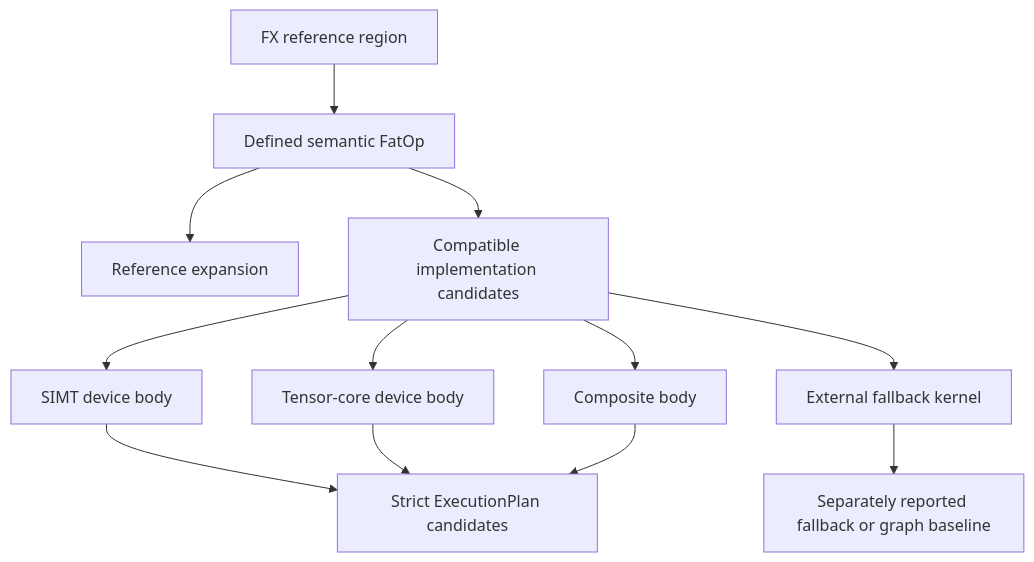
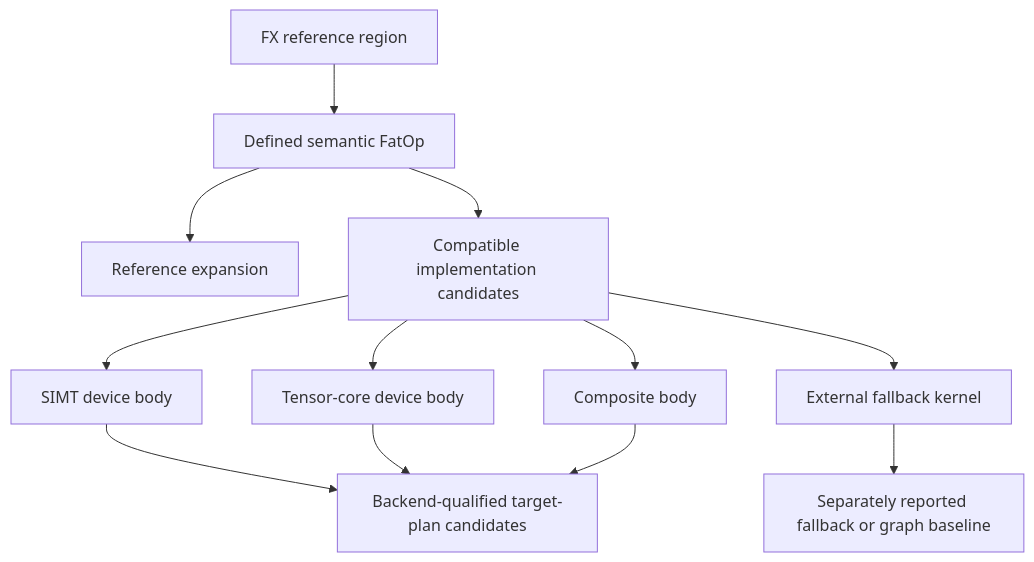
The third of 7 diagrams in MEGABAKE_V3_DATAFLOW_DIAGRAM.md (megabake/megabake), drawn with Mermaid before and after one commit. The commit also changed other lines of this file and 9 other files, not shown here.

````diff
--- a/MEGABAKE_V3_DATAFLOW_DIAGRAM.md
+++ b/MEGABAKE_V3_DATAFLOW_DIAGRAM.md
@@ -53,14 +59,14 @@
 ```mermaid
 flowchart TD
     F[FX reference region] --> S[Defined semantic FatOp]
     S --> R[Reference expansion]
     S --> V[Compatible implementation candidates]
     V --> A[SIMT device body]
     V --> B[Tensor-core device body]
     V --> C[Composite body]
     V --> D[External fallback kernel]
-    A --> P[Strict ExecutionPlan candidates]
+    A --> P[Backend-qualified target-plan candidates]
     B --> P
     C --> P
     D --> X[Separately reported fallback or graph baseline]
 ```
````
